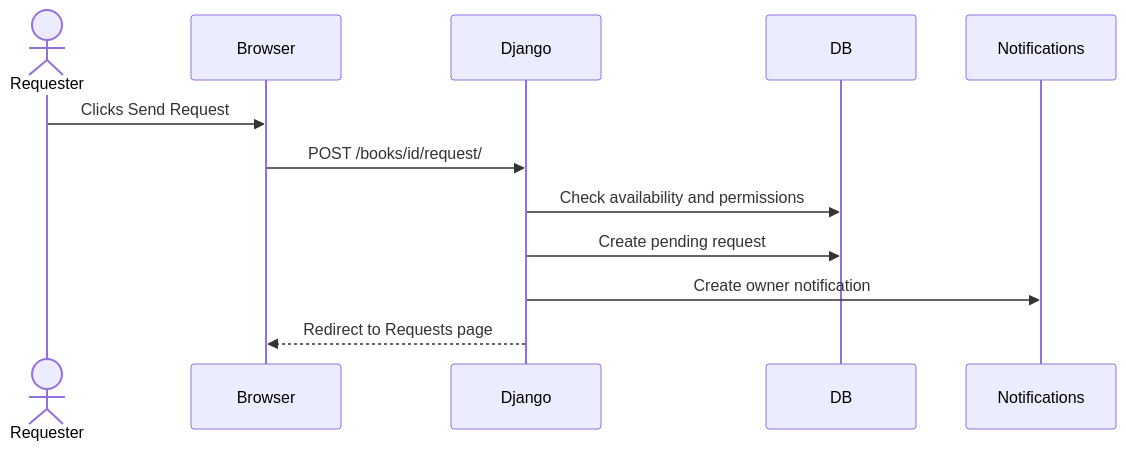
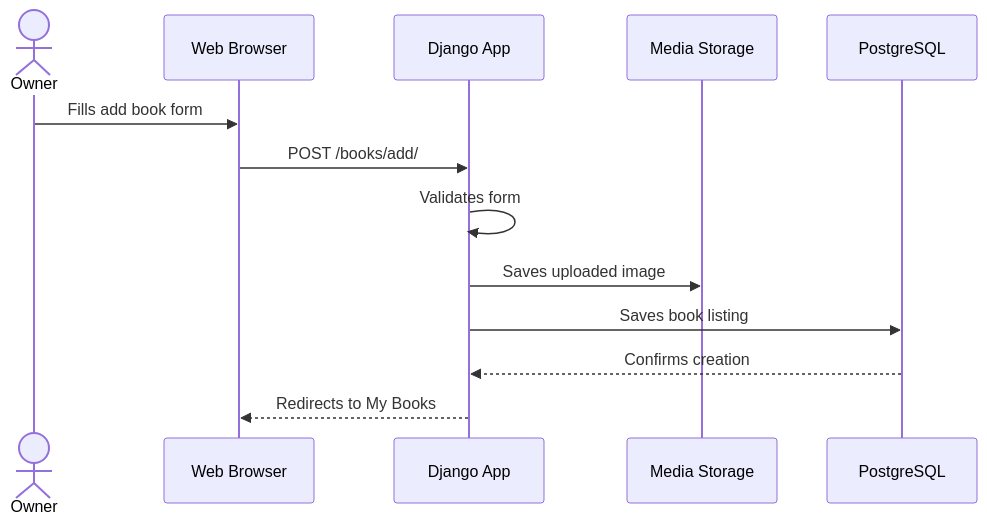
The fourth of 5 diagrams in README.md (Handroc/Livract-project), drawn with Mermaid before and after one commit. The commit also changed other lines of this file, not shown here.

````diff
--- a/README.md
+++ b/README.md
@@ -282,14 +279,15 @@
 ```mermaid
 sequenceDiagram
-    actor Requester
-    participant Browser
-    participant Django
-    participant DB
-    participant Notifications
-    Requester->>Browser: Clicks Send Request
-    Browser->>Django: POST /books/id/request/
-    Django->>DB: Check availability and permissions
-    Django->>DB: Create pending request
-    Django->>Notifications: Create owner notification
-    Django-->>Browser: Redirect to Requests page
+    actor Owner
+    participant Browser as Web Browser
+    participant Django as Django App
+    participant Storage as Media Storage
+    participant DB as PostgreSQL
+    Owner->>Browser: Fills add book form
+    Browser->>Django: POST /books/add/
+    Django->>Django: Validates form
+    Django->>Storage: Saves uploaded image
+    Django->>DB: Saves book listing
+    DB-->>Django: Confirms creation
+    Django-->>Browser: Redirects to My Books
 ```
````
